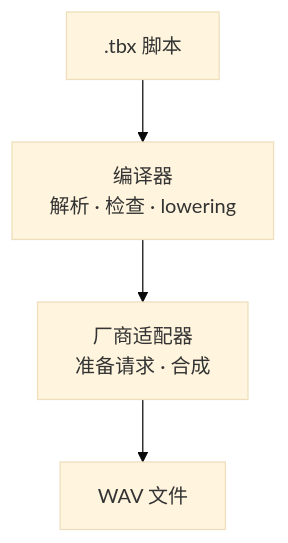
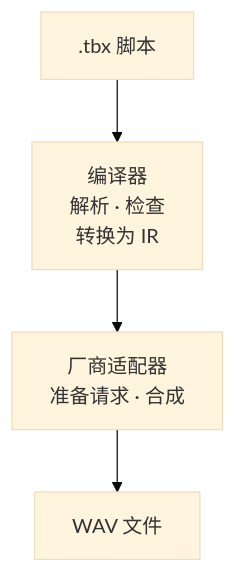
One commit to zyy17/timbrex changed the first of 5 diagrams in docs/architecture.zh-cn.md. Above: the diagram before and after it, drawn with Mermaid (base theme). The commit also changed other lines of this file and 1 other file, not shown here.

````diff
--- a/docs/architecture.zh-cn.md
+++ b/docs/architecture.zh-cn.md
@@ -11,6 +11,6 @@
 ```mermaid
 flowchart TD
-    Source[".tbx 脚本"] --> Compiler["编译器<br/>解析 · 检查 · lowering"]
+    Source[".tbx 脚本"] --> Compiler["编译器<br/>解析 · 检查<br/>转换为 IR"]
     Compiler --> Adapter["厂商适配器<br/>准备请求 · 合成"]
     Adapter --> WAV["WAV 文件"]
 ```
````
